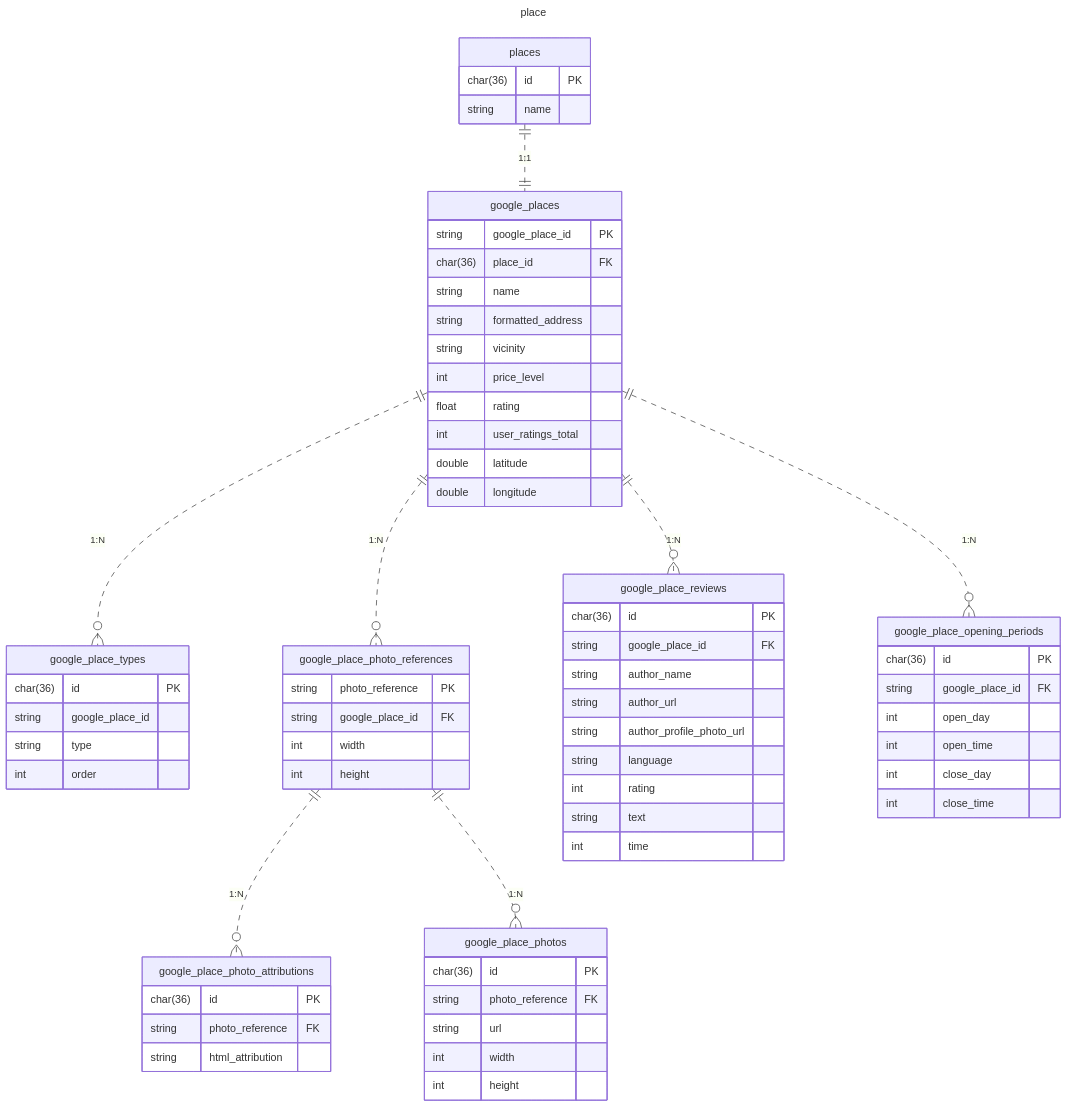
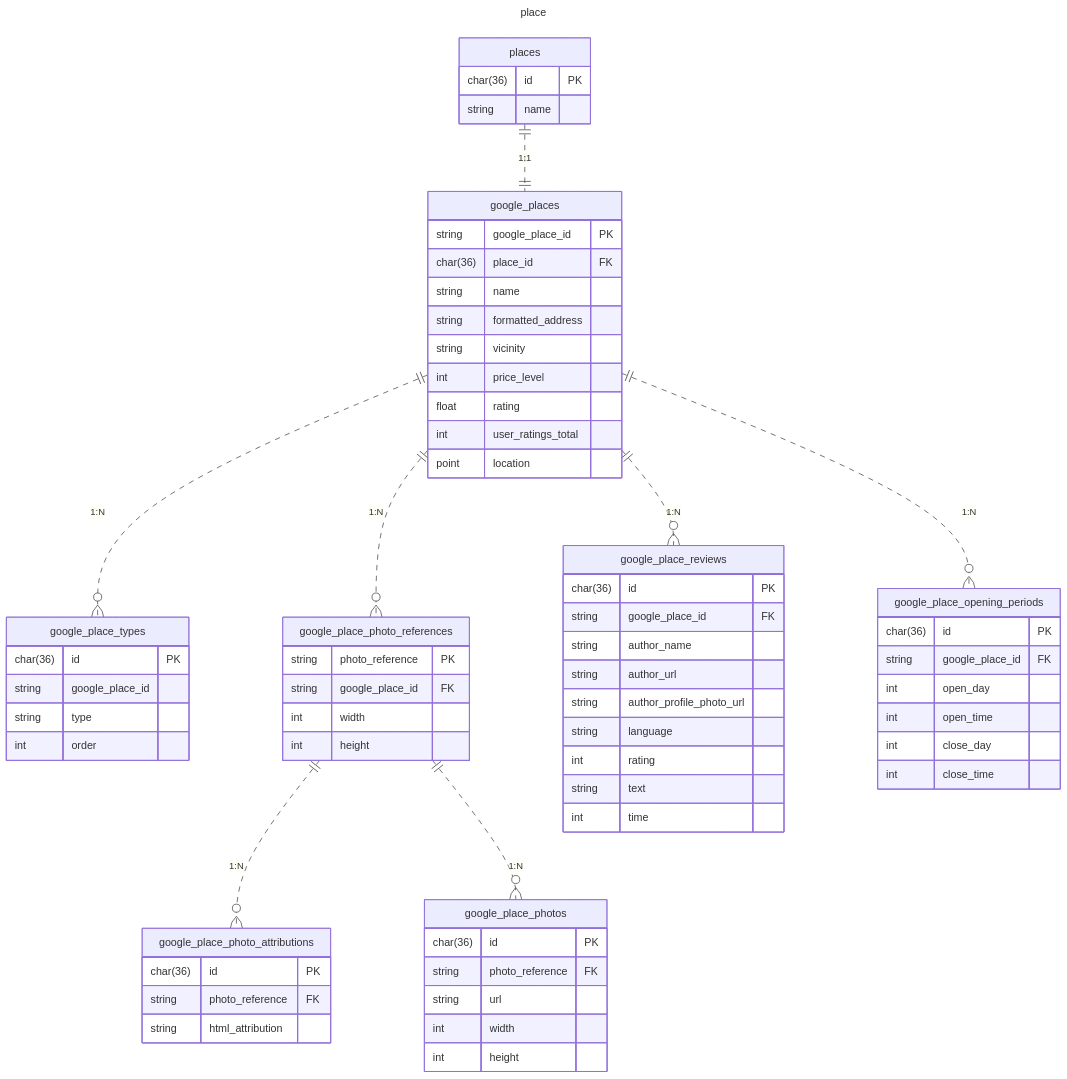
The second of 2 diagrams in doc/database/er.md (poroto-app/planner), drawn with Mermaid before and after one commit. The commit also changed 1 other file, not shown here.

Commit message:
feat(db): locationカラムを追加

````diff
--- a/doc/database/er.md
+++ b/doc/database/er.md
@@ -19,80 +19,79 @@
 ```mermaid
 ---
 title: place
 ---
 erDiagram
     places {
         char(36) id PK
         string name
     }
 
     google_places {
         string google_place_id PK
         char(36) place_id FK
         string name
         string formatted_address
         string vicinity
         int price_level
         float rating
         int user_ratings_total
-        double latitude
-        double longitude
+        point location
     }
 
     google_place_types {
         char(36) id PK
         string google_place_id
         string type
         int order
     }
 
     google_place_photo_references {
         string photo_reference PK
         string google_place_id FK
         int width
         int height
     }
 
     google_place_photos {
         char(36) id PK
         string photo_reference FK
         string url
         int width
         int height
     }
 
     google_place_photo_attributions {
         char(36) id PK
         string photo_reference FK
         string html_attribution
     }
 
     google_place_reviews {
         char(36) id PK
         string google_place_id FK
         string author_name
         string author_url
         string author_profile_photo_url
         string language
         int rating
         string text
         int time
     }
 
     google_place_opening_periods {
         char(36) id PK
         string google_place_id FK
         int open_day
         int open_time
         int close_day
         int close_time
     }
 
     places ||..|| google_places: "1:1"
     google_places ||..o{ google_place_types: "1:N"
     google_places ||..o{ google_place_photo_references: "1:N"
     google_places ||..o{ google_place_opening_periods: "1:N"
     google_place_photo_references ||..o{ google_place_photo_attributions: "1:N"
     google_place_photo_references ||..o{ google_place_photos: "1:N"
     google_places ||..o{ google_place_reviews: "1:N"
 ```
````
